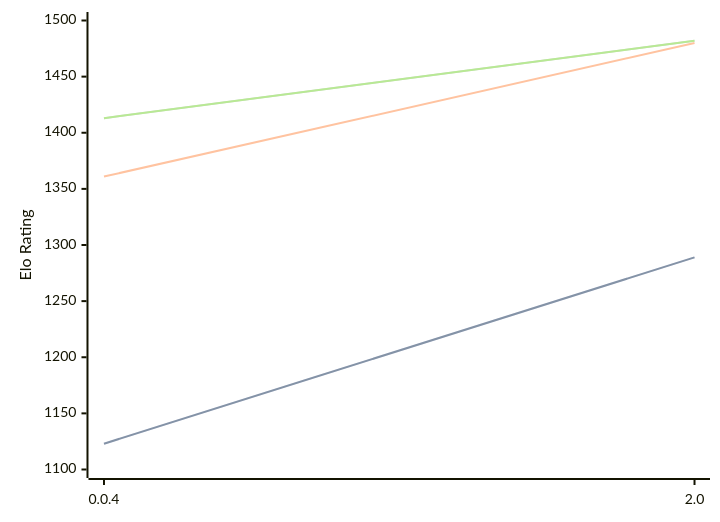
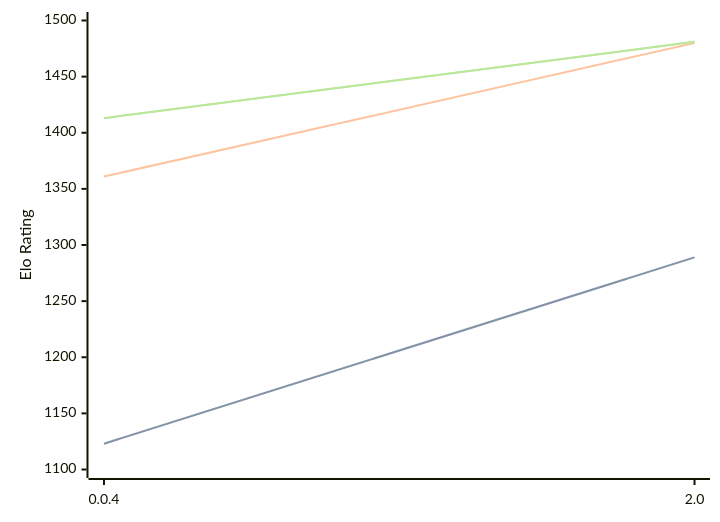
One commit to computer-chess-index/cci changed the diagram in engines/Oops!Mate.md. Above: the diagram before and after it, drawn with Mermaid. The commit also changed other lines of this file, not shown here.

Commit message:
Update CCI Ratings (ELO VLTC) - 2026-04-28

````diff
--- a/engines/Oops!Mate.md
+++ b/engines/Oops!Mate.md
@@ -51,11 +51,11 @@
 ```mermaid
 %%{init: {"theme":"base","themeVariables":{"seriesColors:['#a3a3a3','#222221','#faa371']}}}%%
 xychart-beta
   x-axis ["0.0.4", "2.0"]
   y-axis "Elo Rating" 1100 --> 1500
   line "STC (8.0+0.08s)" [1123, 1289]
   line "STC (8.0+0.08s)" [1123, 1289]
   line "LTC (60.0+0.60s)" [1361, 1480]
-  line "VLTC (2m24s+1.12s)" [1413, 1482]
-  line "VLTC (2m24s+1.12s)" [1413, 1482]
+  line "VLTC (2m24s+1.12s)" [1413, 1481]
+  line "VLTC (2m24s+1.12s)" [1413, 1481]
 ```
````
